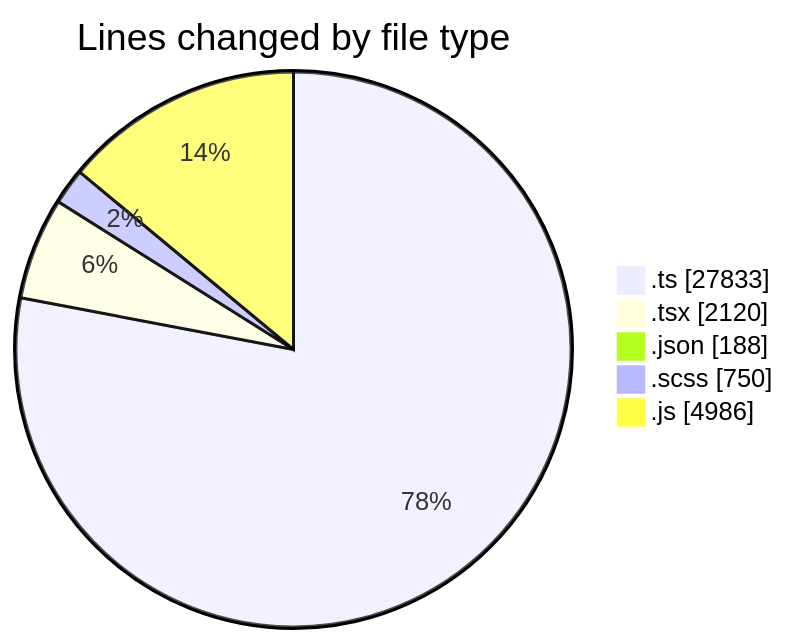
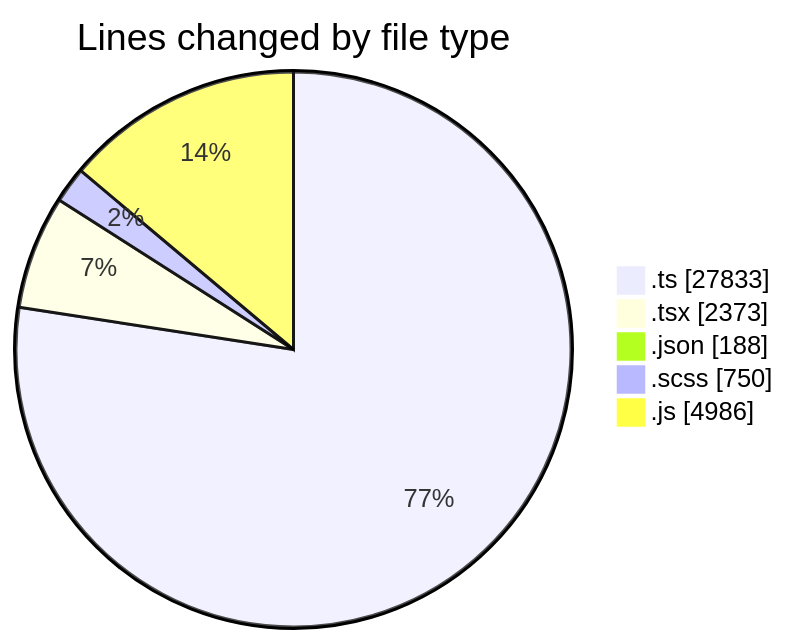
Before and after one commit to momahboobian/code-tracking: the first of 2 diagrams in 2026-05-07/cda/README.md, drawn with Mermaid. The commit also changed other lines of this file and 1 other file, not shown here.

````diff
--- a/2026-05-07/cda/README.md
+++ b/2026-05-07/cda/README.md
@@ -46,9 +48,9 @@
 ```mermaid
 pie showData
 title Lines changed by file type
 ".ts" : 27833
-".tsx" : 2120
+".tsx" : 2373
 ".json" : 188
 ".scss" : 750
 ".js" : 4986
 ```
````
